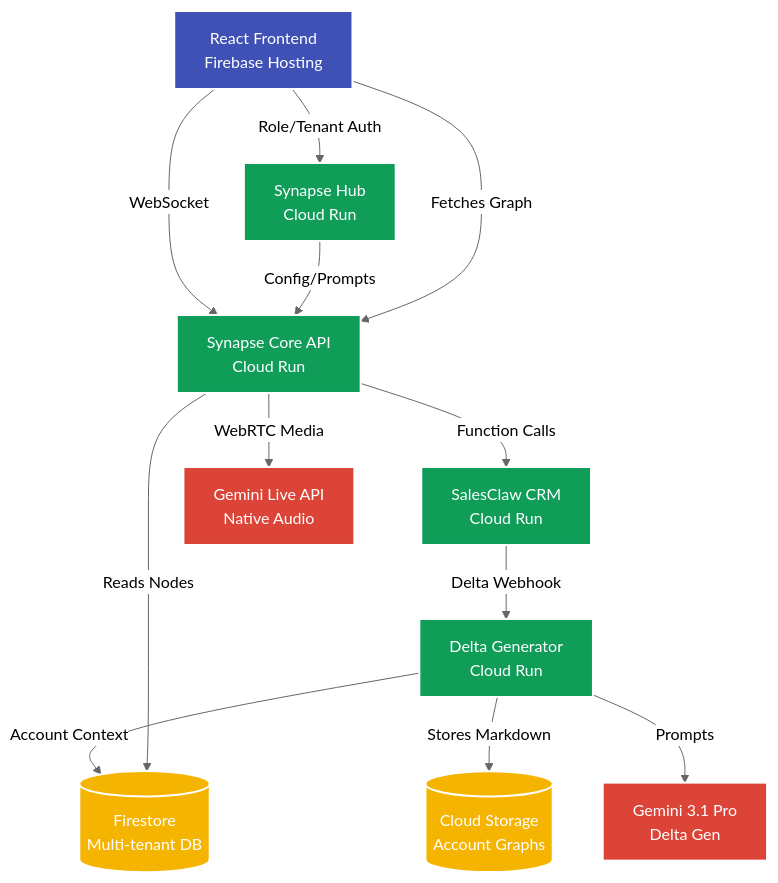
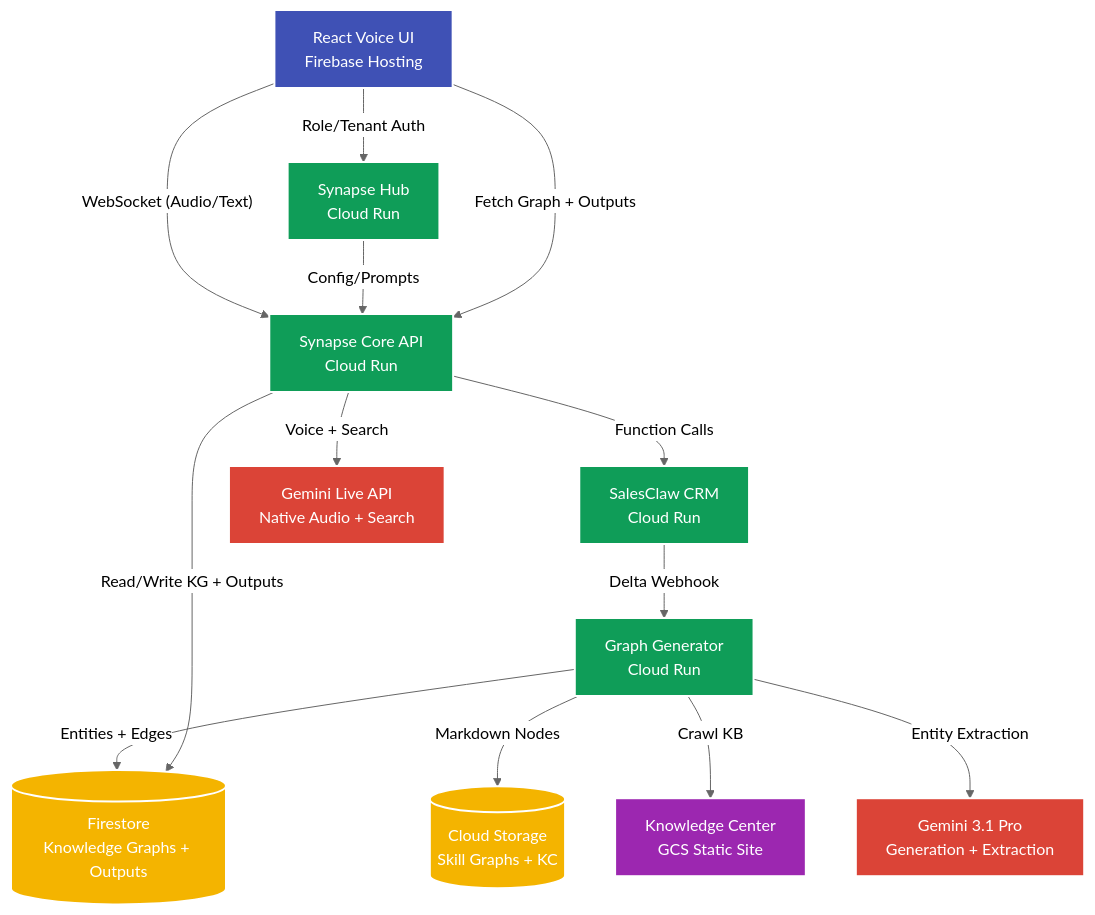
The diagram in docs/INFRASTRUCTURE.md (aroucadi/handoff_agent), drawn with Mermaid (neutral theme) before and after one commit. The commit also changed other lines of this file and 9 other files, not shown here.

Commit message:
docs: Comprehensive overhaul for v2.5 platform (Hub, KC, Graph)

````diff
--- a/docs/INFRASTRUCTURE.md
+++ b/docs/INFRASTRUCTURE.md
@@ -7,36 +7,36 @@
 ```mermaid
 flowchart TD
-    %% Define Styles
     classDef frontend fill:#3f51b5,color:#fff,stroke:#fff,stroke-width:2px;
     classDef cloudrun fill:#0f9d58,color:#fff,stroke:#fff,stroke-width:2px;
     classDef storage fill:#f4b400,color:#fff,stroke:#fff,stroke-width:2px;
     classDef external fill:#db4437,color:#fff,stroke:#fff,stroke-width:2px;
+    classDef static fill:#9c27b0,color:#fff,stroke:#fff,stroke-width:2px;
 
-    %% Components
-    UI[React Frontend\nFirebase Hosting]:::frontend
-    Sim[SalesClaw CRM\nCloud Run]:::cloudrun
-    API[Synapse Core API\nCloud Run]:::cloudrun
-    Hub[Synapse Hub\nCloud Run]:::cloudrun
-    Gen[Delta Generator\nCloud Run]:::cloudrun
+    UI["React Voice UI<br/>Firebase Hosting"]:::frontend
+    Sim["SalesClaw CRM<br/>Cloud Run"]:::cloudrun
+    API["Synapse Core API<br/>Cloud Run"]:::cloudrun
+    Hub["Synapse Hub<br/>Cloud Run"]:::cloudrun
+    Gen["Graph Generator<br/>Cloud Run"]:::cloudrun
+    KC["Knowledge Center<br/>GCS Static Site"]:::static
     
-    FS[(Firestore\nMulti-tenant DB)]:::storage
-    GCS[(Cloud Storage\nAccount Graphs)]:::storage
+    FS[("Firestore<br/>Knowledge Graphs + Outputs")]:::storage
+    GCS[("Cloud Storage<br/>Skill Graphs + KC")]:::storage
     
-    Gem[Gemini Live API\nNative Audio]:::external
-    LLM[Gemini 3.1 Pro\nDelta Gen]:::external
+    Gem["Gemini Live API<br/>Native Audio + Search"]:::external
+    LLM["Gemini 3.1 Pro<br/>Generation + Extraction"]:::external
     
-    %% Flows
-    UI -- Role/Tenant Auth --> Hub
-    UI -- WebSocket --> API
-    Hub -- Config/Prompts --> API
-    API -- Function Calls --> Sim
-    UI -- Fetches Graph --> API
+    UI -- "Role/Tenant Auth" --> Hub
+    UI -- "WebSocket (Audio/Text)" --> API
+    Hub -- "Config/Prompts" --> API
+    API -- "Function Calls" --> Sim
+    UI -- "Fetch Graph + Outputs" --> API
     
-    Sim -- Delta Webhook --> Gen
-    Gen -- Account Context --> FS
-    Gen -- Stores Markdown --> GCS
-    Gen -- Prompts --> LLM
+    Sim -- "Delta Webhook" --> Gen
+    Gen -- "Entities + Edges" --> FS
+    Gen -- "Markdown Nodes" --> GCS
+    Gen -- "Crawl KB" --> KC
+    Gen -- "Entity Extraction" --> LLM
     
-    API -- WebRTC Media --> Gem
-    API -- Reads Nodes --> FS
+    API -- "Voice + Search" --> Gem
+    API -- "Read/Write KG + Outputs" --> FS
 ```
````
